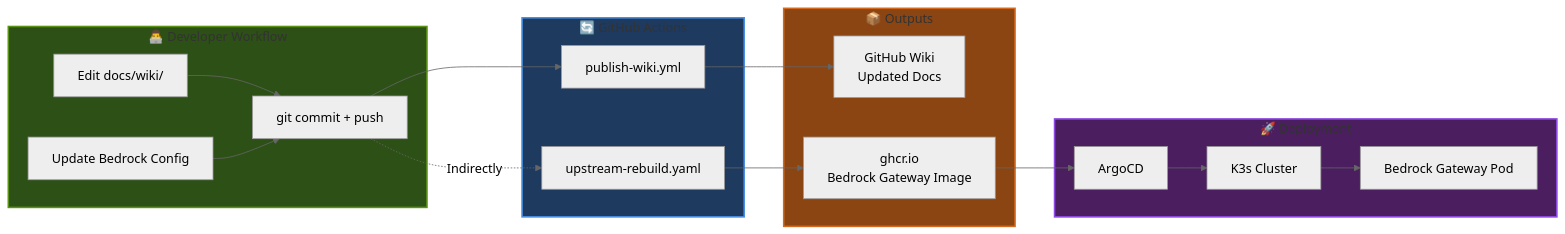
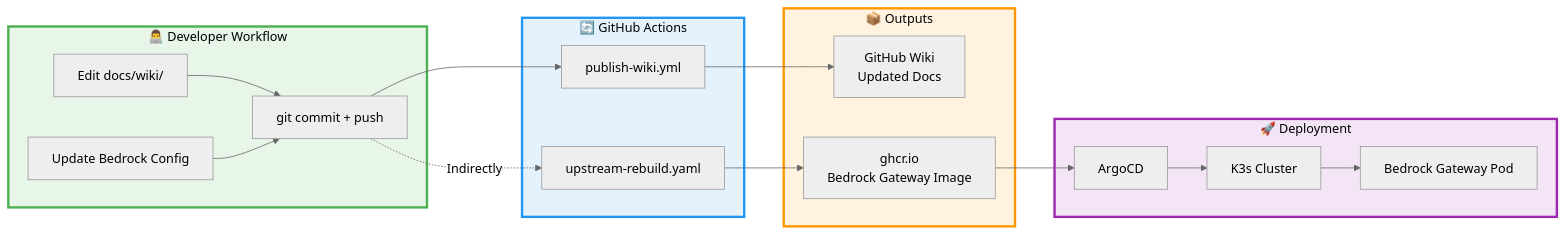
One commit to seadogger-tech/seadogger-homelab changed the fourth of 4 diagrams in docs/wiki/15-CI-CD-and-GitHub-Actions.md. Above: the diagram before and after it, drawn with Mermaid (neutral theme). The commit also changed other lines of this file and 1 other file, not shown here.

First paragraph of the commit message:
Update all Mermaid diagram colors for light/dark mode compatibility
Changed from dark color scheme to light pastel backgrounds with dark borders:

````diff
--- a/docs/wiki/15-CI-CD-and-GitHub-Actions.md
+++ b/docs/wiki/15-CI-CD-and-GitHub-Actions.md
@@ -210,41 +210,41 @@
 ```mermaid
 graph LR
     subgraph Developer["👨‍💻 Developer Workflow"]
         EditWiki[Edit docs/wiki/]
         EditCode[Update Bedrock Config]
         Commit[git commit + push]
     end
 
     subgraph GitHub["🔄 GitHub Actions"]
         WikiAction[publish-wiki.yml]
         BedrockAction[upstream-rebuild.yaml]
     end
 
     subgraph Outputs["📦 Outputs"]
         WikiSite[GitHub Wiki<br/>Updated Docs]
         GHCRImage[ghcr.io<br/>Bedrock Gateway Image]
     end
 
     subgraph Deployment["🚀 Deployment"]
         ArgoCD[ArgoCD]
         K3sCluster[K3s Cluster]
         BedrockPod[Bedrock Gateway Pod]
     end
 
     EditWiki --> Commit
     EditCode --> Commit
     Commit --> WikiAction
     Commit -.->|Indirectly| BedrockAction
 
     WikiAction --> WikiSite
     BedrockAction --> GHCRImage
 
     GHCRImage --> ArgoCD
     ArgoCD --> K3sCluster
     K3sCluster --> BedrockPod
 
-    style Developer fill:#2d5016,stroke:#5a9216,stroke-width:2px
-    style GitHub fill:#1e3a5f,stroke:#4a90e2,stroke-width:2px
-    style Outputs fill:#8b4513,stroke:#d2691e,stroke-width:2px
-    style Deployment fill:#4a1e5f,stroke:#8e4ae2,stroke-width:2px
+    style Developer fill:#e8f5e9,stroke:#4caf50,stroke-width:3px,color:#000
+    style GitHub fill:#e3f2fd,stroke:#2196f3,stroke-width:3px,color:#000
+    style Outputs fill:#fff3e0,stroke:#ff9800,stroke-width:3px,color:#000
+    style Deployment fill:#f3e5f5,stroke:#9c27b0,stroke-width:3px,color:#000
 ```
````
